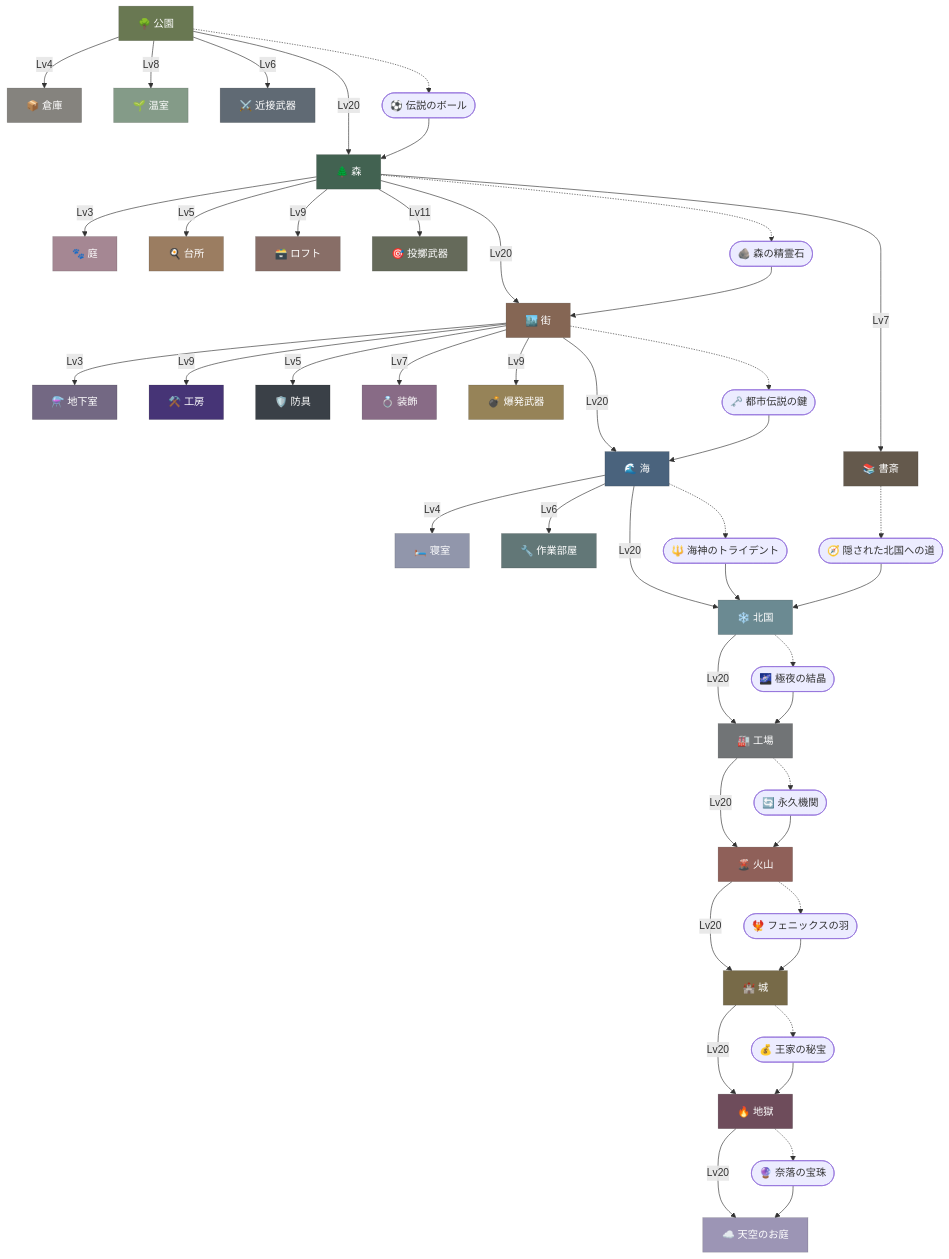
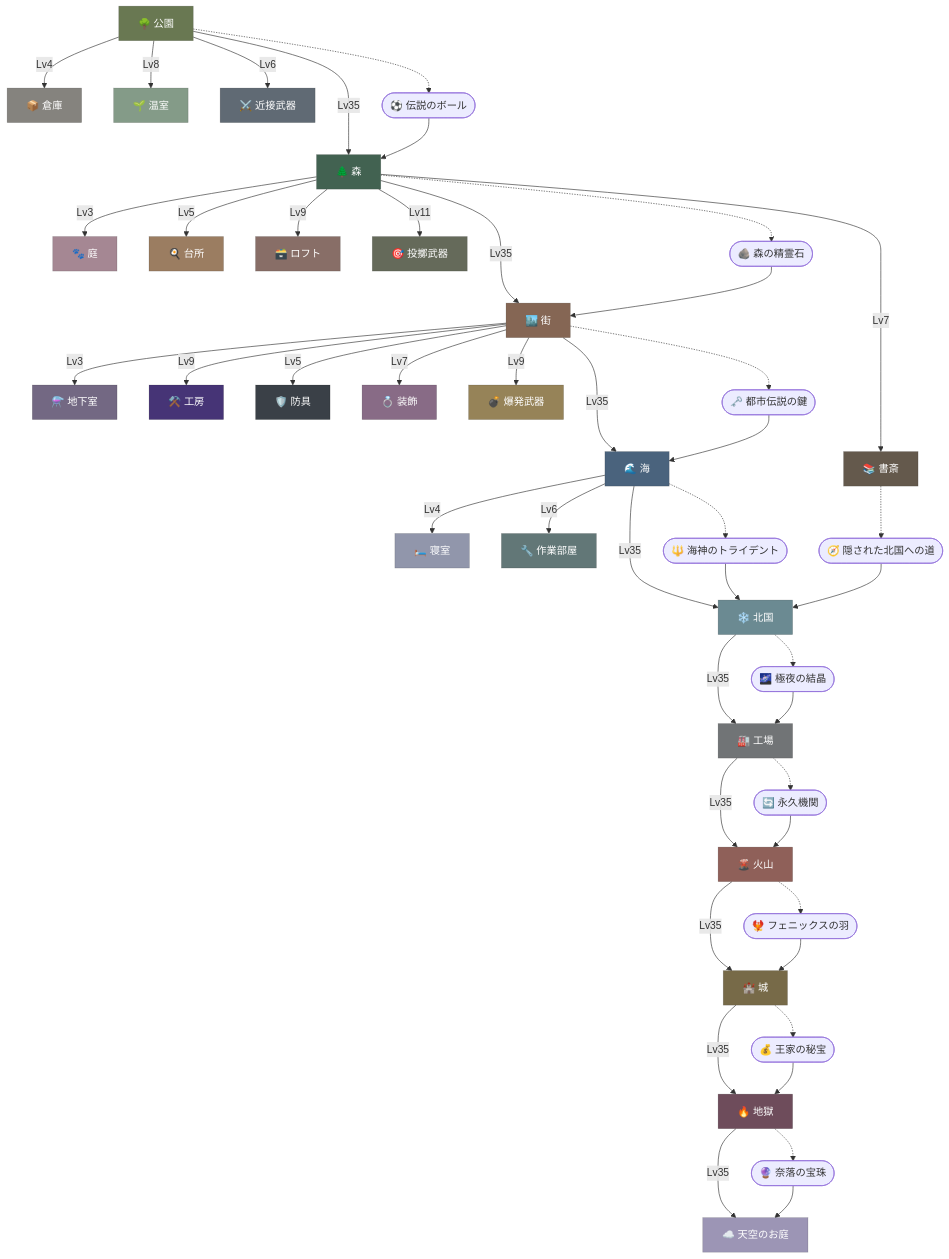
Before and after one commit to yutori-gene/idle-wiki: the diagram in site/ja/reference/progression.md, drawn with Mermaid. The commit also changed other lines of this file and 3145 other files, not shown here.

```diff
--- a/site/ja/reference/progression.md
+++ b/site/ja/reference/progression.md
@@ -79,22 +79,22 @@
   c_explosive_weapon["💣 爆発武器"]
   click c_explosive_weapon "#/ja/category/explosive-weapon"
   style c_explosive_weapon fill:#968358,color:#fff,stroke:#0003
-  c_park -->|Lv20| c_forest
+  c_park -->|Lv35| c_forest
   i_legendary_ball(["⚽ 伝説のボール"])
   click i_legendary_ball "#/ja/item/legendary-ball"
   c_park -.-> i_legendary_ball
   i_legendary_ball --> c_forest
-  c_forest -->|Lv20| c_town
+  c_forest -->|Lv35| c_town
   i_forest_spirit_stone(["🪨 森の精霊石"])
   click i_forest_spirit_stone "#/ja/item/forest-spirit-stone"
   c_forest -.-> i_forest_spirit_stone
   i_forest_spirit_stone --> c_town
-  c_town -->|Lv20| c_sea
+  c_town -->|Lv35| c_sea
   i_urban_legend_key(["🗝️ 都市伝説の鍵"])
   click i_urban_legend_key "#/ja/item/urban-legend-key"
   c_town -.-> i_urban_legend_key
   i_urban_legend_key --> c_sea
-  c_sea -->|Lv20| c_northland
+  c_sea -->|Lv35| c_northland
   i_sea_god_trident(["🔱 海神のトライデント"])
   click i_sea_god_trident "#/ja/item/sea-god-trident"
   c_sea -.-> i_sea_god_trident
@@ -103,27 +103,27 @@
   click i_hidden_path_to_northland "#/ja/item/hidden-path-to-northland"
   c_study -.-> i_hidden_path_to_northland
   i_hidden_path_to_northland --> c_northland
-  c_northland -->|Lv20| c_factory
+  c_northland -->|Lv35| c_factory
   i_polar_night_crystal(["🌌 極夜の結晶"])
   click i_polar_night_crystal "#/ja/item/polar-night-crystal"
   c_northland -.-> i_polar_night_crystal
   i_polar_night_crystal --> c_factory
-  c_factory -->|Lv20| c_volcano
+  c_factory -->|Lv35| c_volcano
   i_perpetual_motion_machine(["🔄 永久機関"])
   click i_perpetual_motion_machine "#/ja/item/perpetual-motion-machine"
   c_factory -.-> i_perpetual_motion_machine
   i_perpetual_motion_machine --> c_volcano
-  c_volcano -->|Lv20| c_castle
+  c_volcano -->|Lv35| c_castle
   i_phoenix_feather(["🐦‍🔥 フェニックスの羽"])
   click i_phoenix_feather "#/ja/item/phoenix-feather"
   c_volcano -.-> i_phoenix_feather
   i_phoenix_feather --> c_castle
-  c_castle -->|Lv20| c_hell
+  c_castle -->|Lv35| c_hell
   i_royal_treasure(["💰 王家の秘宝"])
   click i_royal_treasure "#/ja/item/royal-treasure"
   c_castle -.-> i_royal_treasure
   i_royal_treasure --> c_hell
-  c_hell -->|Lv20| c_sky_garden
+  c_hell -->|Lv35| c_sky_garden
   i_abyss_orb(["🔮 奈落の宝珠"])
   click i_abyss_orb "#/ja/item/abyss-orb"
   c_hell -.-> i_abyss_orb
```
